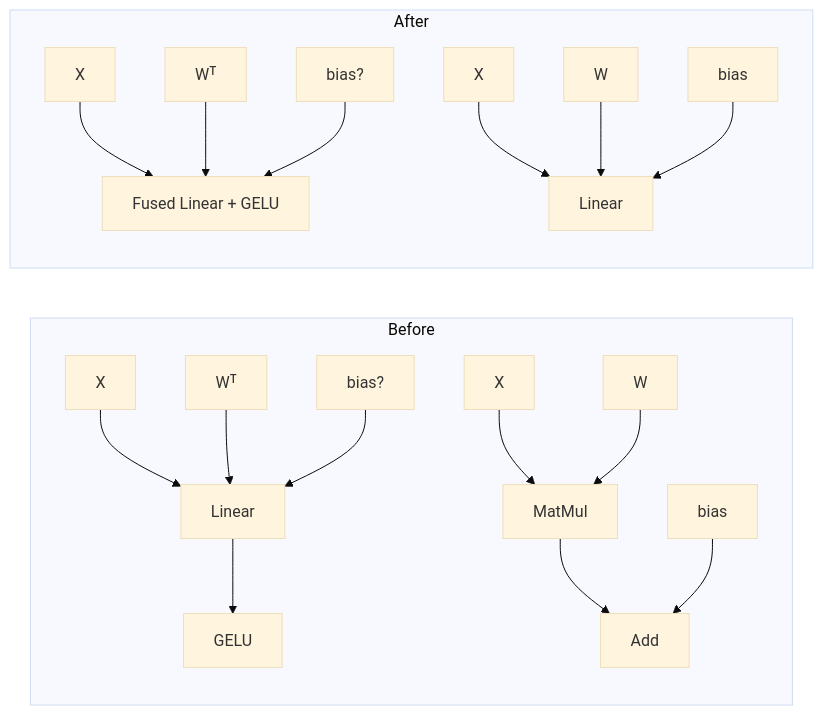
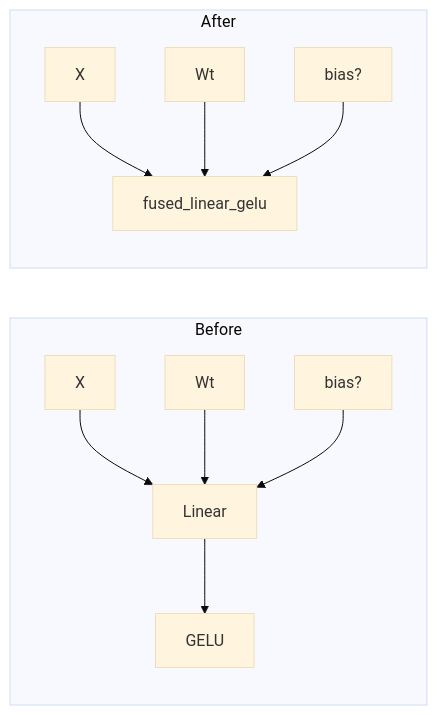
The second of 5 diagrams in README.md (rayhankhilji/ForgeML), drawn with Mermaid (base theme) before and after one commit. The commit also changed other lines of this file and 3 other files, not shown here.

````diff
--- a/README.md
+++ b/README.md
@@ -221,21 +257,14 @@
 ```mermaid
 flowchart LR
     subgraph Before
         X1[X] --> L[Linear]
-        W1[Wᵀ] --> L
+        W1[Wt] --> L
         B1[bias?] --> L
         L --> G[GELU]
-        X3[X] --> MM[MatMul]
-        W3[W] --> MM
-        MM --> ADD[Add]
-        B3[bias] --> ADD
     end
     subgraph After
-        X2[X] --> F[Fused Linear + GELU]
-        W2[Wᵀ] --> F
+        X2[X] --> F[fused_linear_gelu]
+        W2[Wt] --> F
         B2[bias?] --> F
-        X4[X] --> L2[Linear]
-        W4[W] --> L2
-        B4[bias] --> L2
     end
 ```
````
